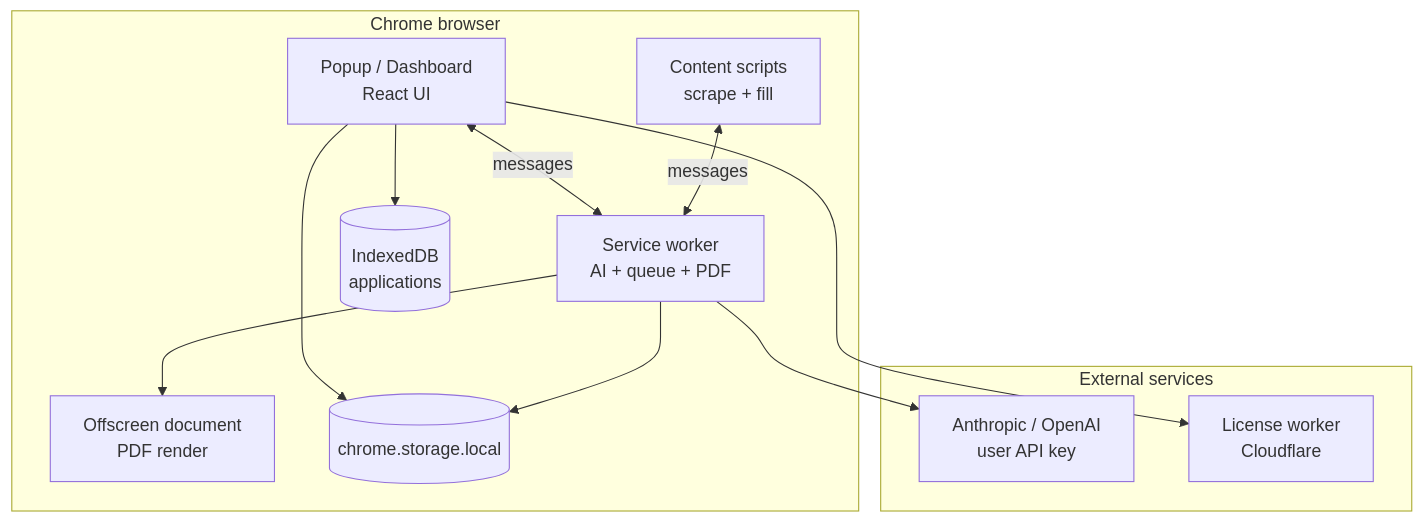
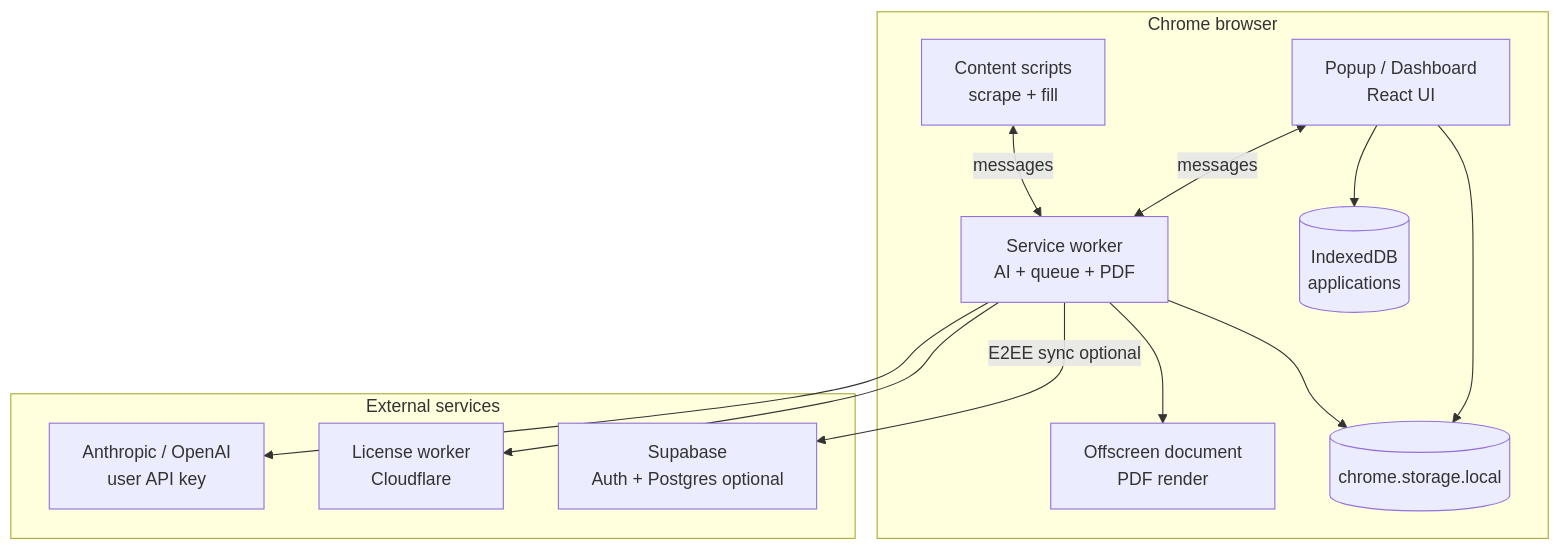
Before and after one commit to Hum2a/blitz-extension: the diagram in docs/ARCHITECTURE.md, drawn with Mermaid. The commit also changed other lines of this file and 36 other files, not shown here.

````diff
--- a/docs/ARCHITECTURE.md
+++ b/docs/ARCHITECTURE.md
@@ -7,25 +7,27 @@
 ```mermaid
 flowchart TB
   subgraph Browser["Chrome browser"]
     CS[Content scripts<br/>scrape + fill]
     POP[Popup / Dashboard<br/>React UI]
     BG[Service worker<br/>AI + queue + PDF]
     OFF[Offscreen document<br/>PDF render]
     IDB[(IndexedDB<br/>applications)]
     STORE[(chrome.storage.local)]
   end
 
   subgraph External["External services"]
     AI[Anthropic / OpenAI<br/>user API key]
     LW[License worker<br/>Cloudflare]
+    SB[Supabase<br/>Auth + Postgres optional]
   end
 
   POP <-->|messages| BG
   CS <-->|messages| BG
   BG --> OFF
   POP --> STORE
   BG --> STORE
   POP --> IDB
   BG --> AI
-  POP --> LW
+  BG -->|E2EE sync optional| SB
+  BG --> LW
 ```
````
